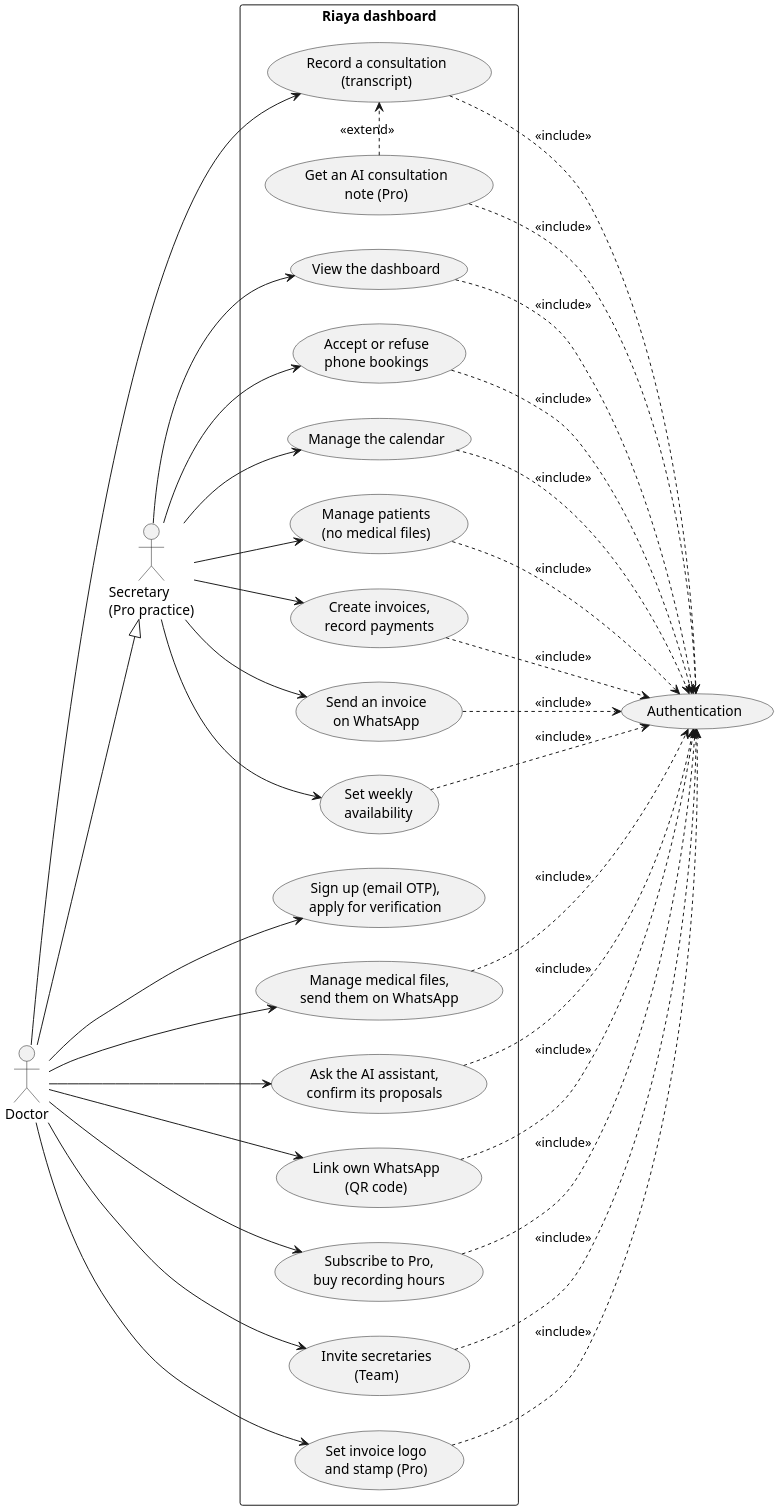
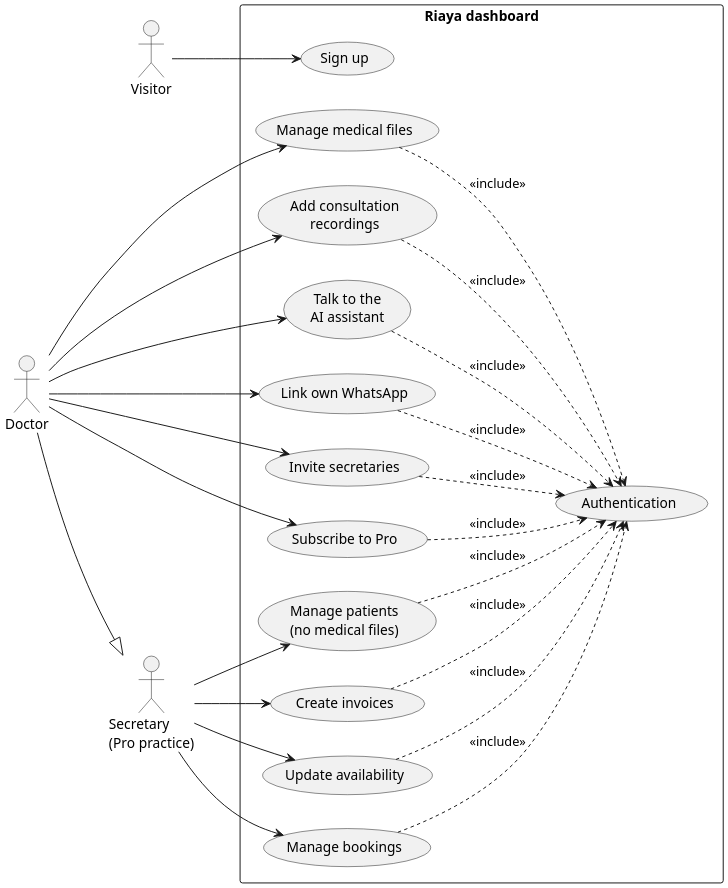
One commit to AtriOmar/riaya-report changed the diagram in images/diagrams/src/use_case_doctor_secretary.puml. Above: the diagram before and after it, drawn with PlantUML. The commit also changed 31 other files, not shown here.

First line of the commit message:
Redraw the sequence, class, activity and BPMN diagrams

```diff
--- a/images/diagrams/src/use_case_doctor_secretary.puml
+++ b/images/diagrams/src/use_case_doctor_secretary.puml
@@ -1,61 +1,62 @@
 @startuml use_case_doctor_secretary
 left to right direction
 skinparam dpi 192
 
+actor "Visitor" as V
 actor "Secretary\n(Pro practice)" as S
 actor "Doctor" as D
 D --|> S
 
 rectangle "Riaya dashboard" {
-  usecase "Sign up (email OTP),\napply for verification" as D1
-  usecase "Accept or refuse\nphone bookings" as C1
-  usecase "Manage the calendar" as C2
-  usecase "Manage patients\n(no medical files)" as C3
-  usecase "Create invoices,\nrecord payments" as C4
-  usecase "Send an invoice\non WhatsApp" as C5
-  usecase "Set weekly\navailability" as C6
-  usecase "View the dashboard" as C7
-  usecase "Manage medical files,\nsend them on WhatsApp" as D2
-  usecase "Record a consultation\n(transcript)" as D3
-  usecase "Get an AI consultation\nnote (Pro)" as D4
-  usecase "Ask the AI assistant,\nconfirm its proposals" as D5
-  usecase "Link own WhatsApp\n(QR code)" as D6
-  usecase "Subscribe to Pro,\nbuy recording hours" as D7
-  usecase "Invite secretaries\n(Team)" as D8
-  usecase "Set invoice logo\nand stamp (Pro)" as D9
+  usecase "Sign up" as SU
+  usecase "Manage bookings" as C1
+  usecase "Manage patients\n(no medical files)" as C2
+  usecase "Create invoices" as C3
+  usecase "Update availability" as C4
+  usecase "Manage medical files" as D1
+  usecase "Add consultation\nrecordings" as D2
+  usecase "Talk to the\nAI assistant" as D3
+  usecase "Link own WhatsApp" as D4
+  usecase "Invite secretaries" as D5
+  usecase "Subscribe to Pro" as D6
+  usecase "Authentication" as AUTH
 }
-usecase "Authentication" as AUTH
 
-D --> D1
+V --> SU
 S --> C1
 S --> C2
 S --> C3
 S --> C4
-S --> C5
-S --> C6
-S --> C7
+D --> D1
 D --> D2
 D --> D3
+D --> D4
 D --> D5
 D --> D6
-D --> D7
-D --> D8
-D --> D9
-D4 .> D3 : <<extend>>
+
+
+
+
+
+SU -[hidden]right- D1
+D1 -[hidden]right- D2
+D2 -[hidden]right- D3
+D3 -[hidden]right- D4
+D4 -[hidden]right- D5
+D5 -[hidden]right- D6
+D6 -[hidden]right- C1
+C1 -[hidden]right- C2
+C2 -[hidden]right- C3
+C3 -[hidden]right- C4
 
 C1 ..> AUTH : <<include>>
 C2 ..> AUTH : <<include>>
 C3 ..> AUTH : <<include>>
 C4 ..> AUTH : <<include>>
-C5 ..> AUTH : <<include>>
-C6 ..> AUTH : <<include>>
-C7 ..> AUTH : <<include>>
+D1 ..> AUTH : <<include>>
 D2 ..> AUTH : <<include>>
 D3 ..> AUTH : <<include>>
 D4 ..> AUTH : <<include>>
 D5 ..> AUTH : <<include>>
 D6 ..> AUTH : <<include>>
-D7 ..> AUTH : <<include>>
-D8 ..> AUTH : <<include>>
-D9 ..> AUTH : <<include>>
 @enduml
```
